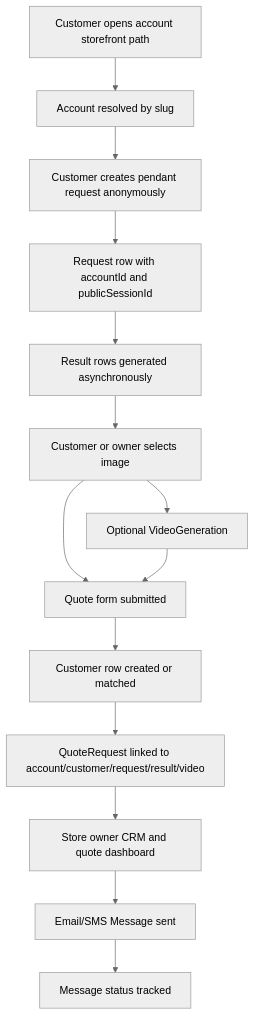
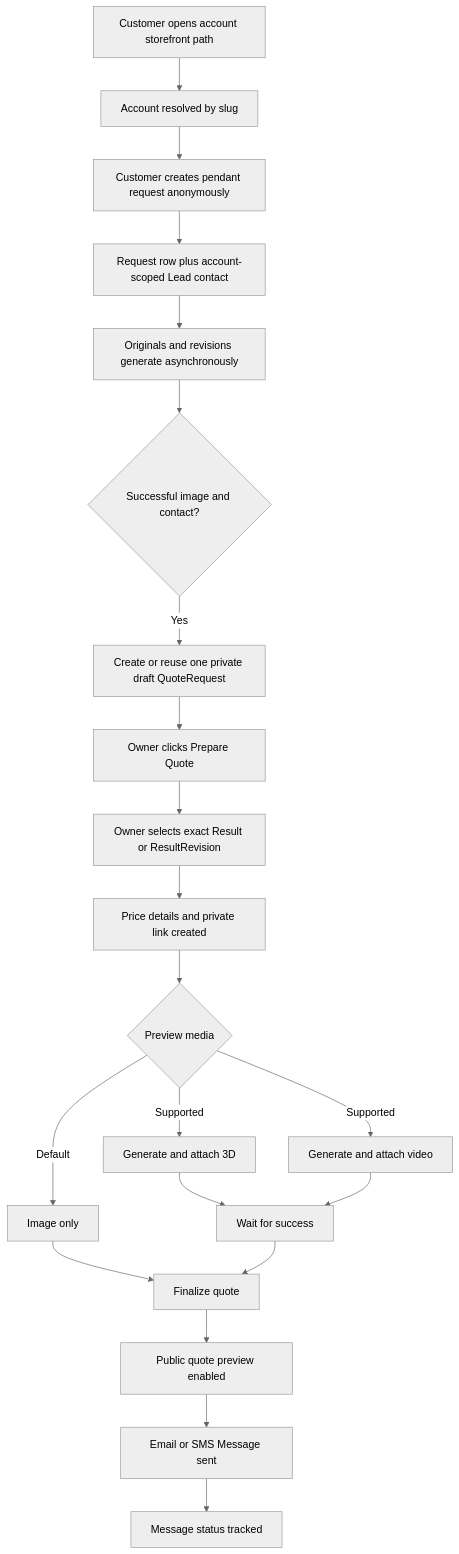
The fifth of 6 diagrams in docs/data-model.md (subhan22x/mvp-jewelry-app2), drawn with Mermaid (neutral theme) before and after one commit. The commit also changed other lines of this file and 47 other files, not shown here.

Commit message:
consolidate quote preparation and media flow

````diff
--- a/docs/data-model.md
+++ b/docs/data-model.md
@@ -779,16 +846,23 @@
 ```mermaid
 flowchart TD
   A[Customer opens account storefront path] --> B[Account resolved by slug]
   B --> C[Customer creates pendant request anonymously]
-  C --> D[Request row with accountId and publicSessionId]
-  D --> E[Result rows generated asynchronously]
-  E --> F[Customer or owner selects image]
-  F --> G[Optional VideoGeneration]
-  F --> H[Quote form submitted]
-  G --> H
-  H --> I[Customer row created or matched]
-  I --> J[QuoteRequest linked to account/customer/request/result/video]
-  J --> K[Store owner CRM and quote dashboard]
-  K --> L[Email/SMS Message sent]
-  L --> M[Message status tracked]
+  C --> D[Request row plus account-scoped Lead contact]
+  D --> E[Originals and revisions generate asynchronously]
+  E --> F{Successful image and contact?}
+  F -- Yes --> G[Create or reuse one private draft QuoteRequest]
+  G --> H[Owner clicks Prepare Quote]
+  H --> I[Owner selects exact Result or ResultRevision]
+  I --> J[Price details and private link created]
+  J --> K{Preview media}
+  K -->|Default| L[Image only]
+  K -->|Supported| M[Generate and attach 3D]
+  K -->|Supported| N[Generate and attach video]
+  M --> O[Wait for success]
+  N --> O
+  L --> P[Finalize quote]
+  O --> P
+  P --> Q[Public quote preview enabled]
+  Q --> R[Email or SMS Message sent]
+  R --> S[Message status tracked]
 ```
````
